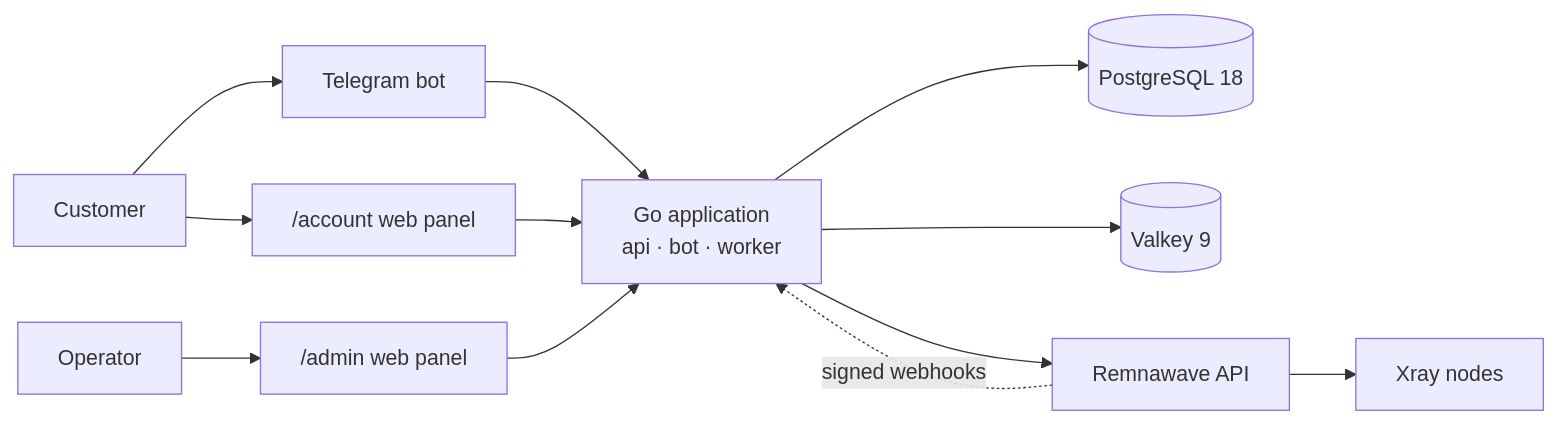
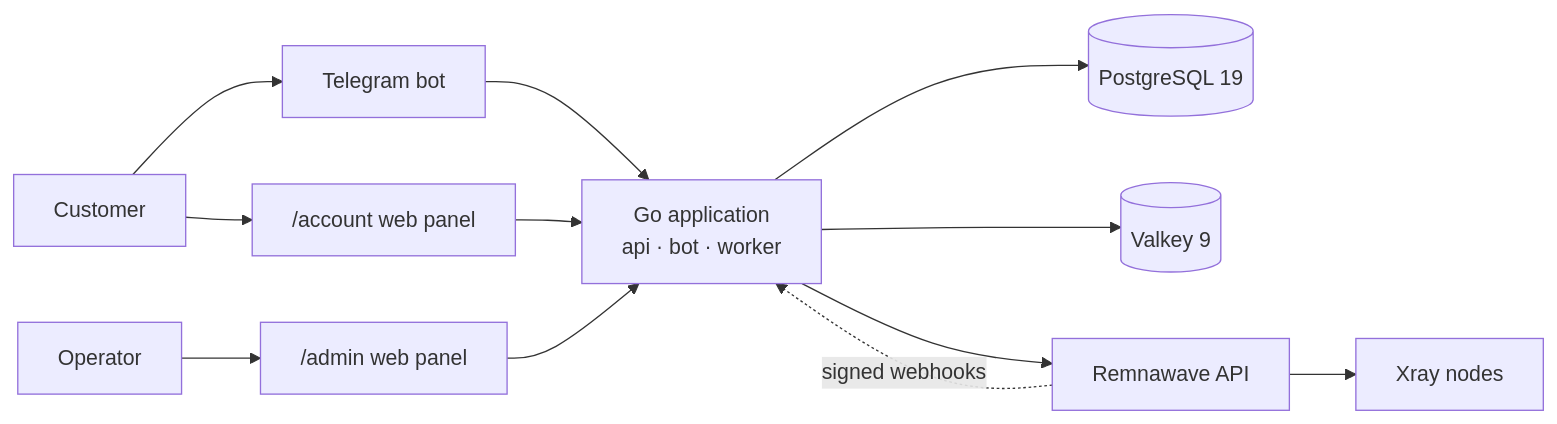
The diagram in README.md (kewldan/omniflow), drawn with Mermaid before and after one commit. The commit also changed other lines of this file and 28 other files, not shown here.

First line of the commit message:
build!: move to PostgreSQL 19

````diff
--- a/README.md
+++ b/README.md
@@ -168,14 +168,14 @@
 ```mermaid
 flowchart LR
     Customer["Customer"] --> Telegram["Telegram bot"]
     Customer --> Account["/account web panel"]
     Operator["Operator"] --> Admin["/admin web panel"]
     Telegram --> API["Go application<br/>api · bot · worker"]
     Account --> API
     Admin --> API
-    API --> PostgreSQL[("PostgreSQL 18")]
+    API --> PostgreSQL[("PostgreSQL 19")]
     API --> Valkey[("Valkey 9")]
     API --> Remnawave["Remnawave API"]
     Remnawave -. "signed webhooks" .-> API
     Remnawave --> Xray["Xray nodes"]
 ```
````
